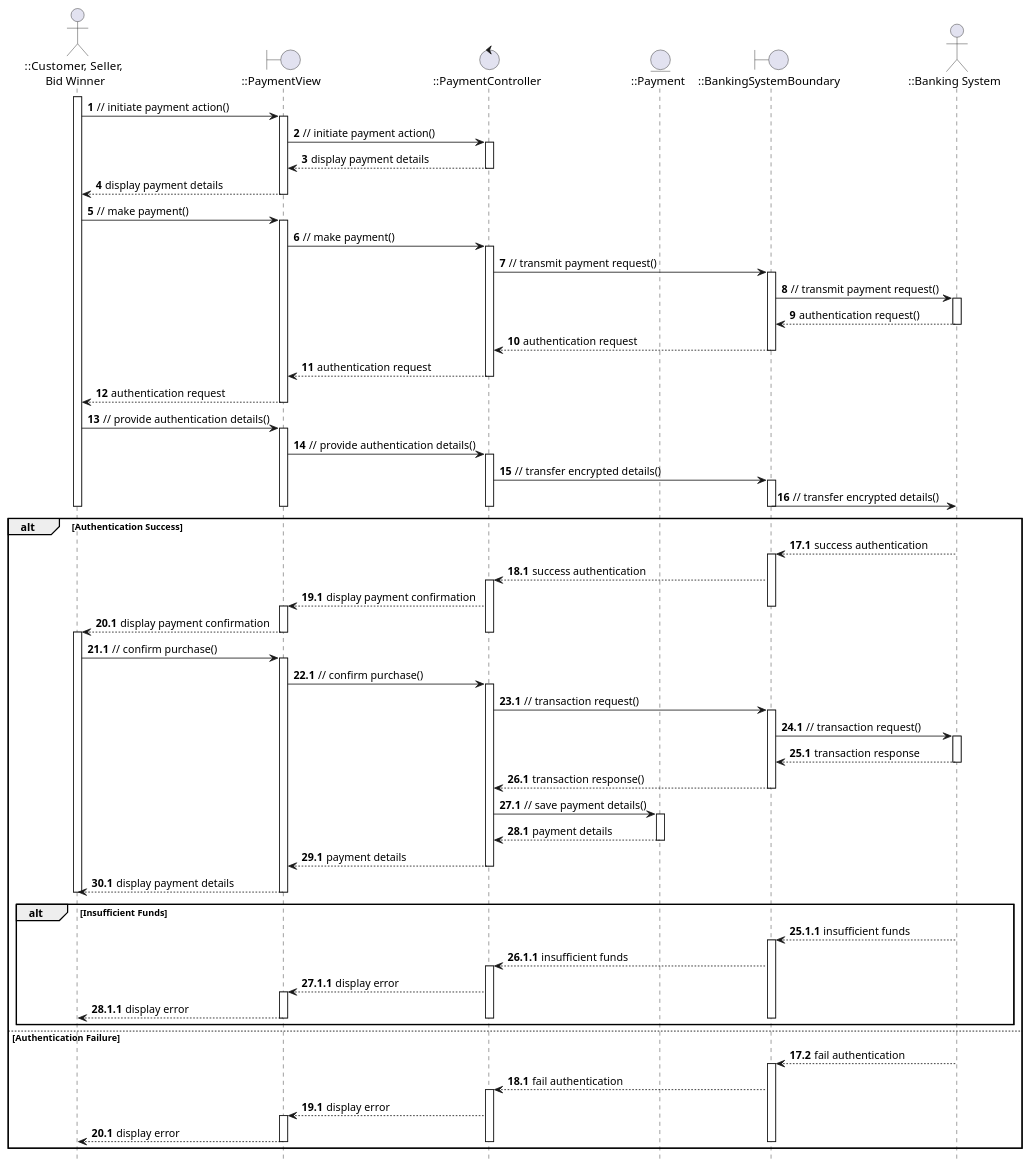
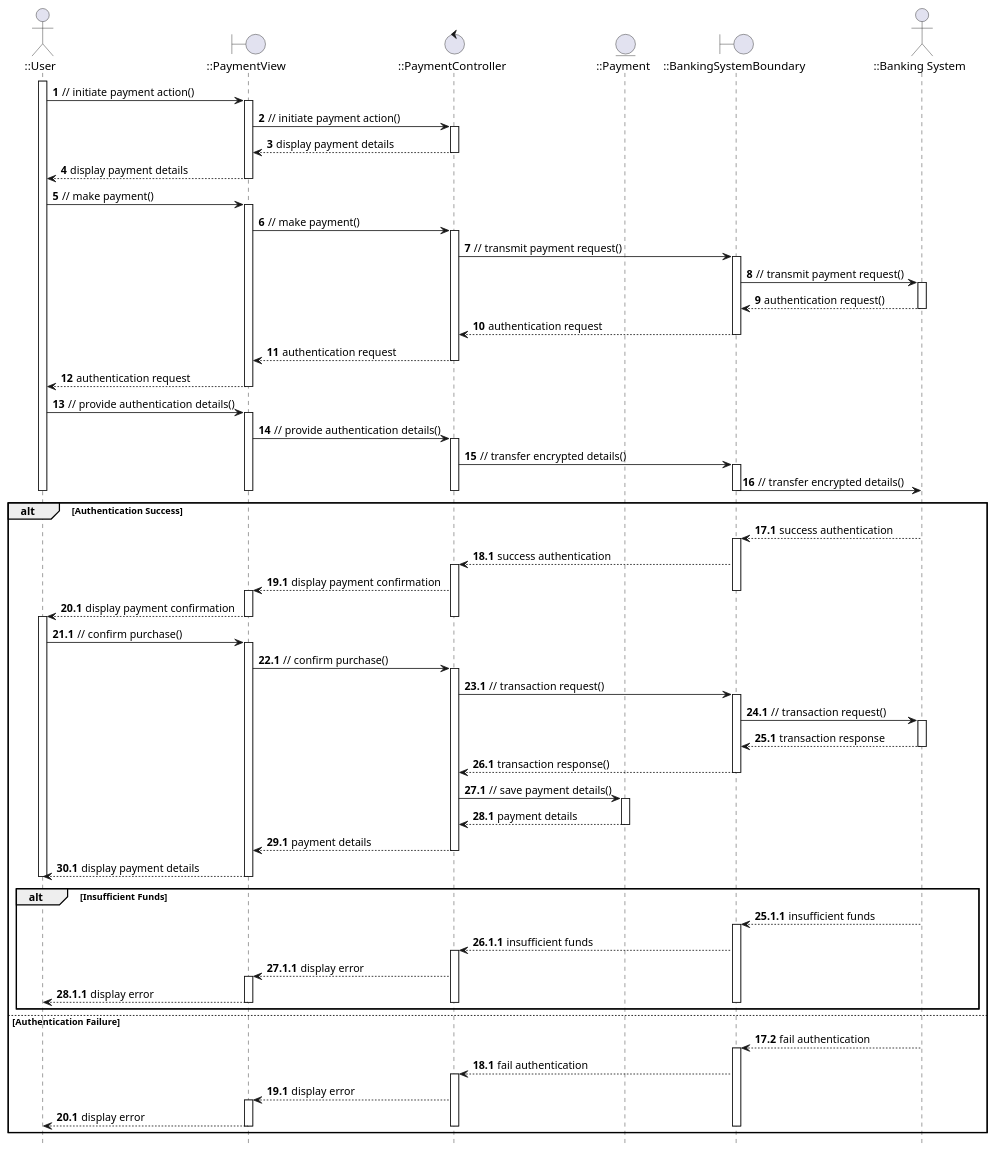
One commit to anhbanlinhle/velocity-exchange changed the diagram in uml/analysis/sequence/make_payment.pu. Above: the diagram before and after it, drawn with PlantUML.

Commit message:
fix[lynn]: change actor name

```diff
--- a/uml/analysis/sequence/make_payment.pu
+++ b/uml/analysis/sequence/make_payment.pu
@@ -1,137 +1,137 @@
 @startuml
 hide footbox
 
-actor "::Customer, Seller, \nBid Winner" as User
+actor "::User" as User
 boundary "::PaymentView" as PaymentView
 control "::PaymentController" as PaymentController
 entity "::Payment" as Payment
 boundary  "::BankingSystemBoundary" as BankingSystemBoundary
 actor "::Banking System" as BankingSystem
 
 autonumber
 
 activate User
   User -> PaymentView: // initiate payment action()
   activate PaymentView
     PaymentView -> PaymentController: // initiate payment action()
     activate PaymentController
       PaymentController --> PaymentView: display payment details
     deactivate PaymentController
     PaymentView --> User: display payment details
   deactivate PaymentView
   
   User -> PaymentView: // make payment()
   activate PaymentView
     PaymentView -> PaymentController: // make payment()
     activate PaymentController
       PaymentController ->  BankingSystemBoundary: // transmit payment request()
       activate  BankingSystemBoundary
          BankingSystemBoundary -> BankingSystem: // transmit payment request()
         activate BankingSystem
           BankingSystem -->  BankingSystemBoundary: authentication request()
         deactivate BankingSystem
         BankingSystemBoundary --> PaymentController: authentication request
       deactivate  BankingSystemBoundary
       PaymentController --> PaymentView: authentication request
     deactivate PaymentController
     PaymentView --> User: authentication request
   deactivate PaymentView
   User -> PaymentView: // provide authentication details()
   activate PaymentView
     PaymentView -> PaymentController: // provide authentication details()
     activate PaymentController
       PaymentController ->  BankingSystemBoundary: // transfer encrypted details()
       activate  BankingSystemBoundary
          BankingSystemBoundary -> BankingSystem: // transfer encrypted details()
       deactivate  BankingSystemBoundary
     deactivate PaymentController
   deactivate PaymentView
 deactivate User
 
 alt Authentication Success
   autonumber 17.1
     BankingSystem -->  BankingSystemBoundary: success authentication
     autonumber inc A
     activate  BankingSystemBoundary
       BankingSystemBoundary --> PaymentController: success authentication
       autonumber inc A
       activate PaymentController
         PaymentController --> PaymentView: display payment confirmation
         autonumber inc A
     deactivate  BankingSystemBoundary
         activate PaymentView
           PaymentView --> User: display payment confirmation
           autonumber inc A
       deactivate PaymentController
         deactivate PaymentView
 
       activate User
         User -> PaymentView: // confirm purchase()
         autonumber inc A
         activate PaymentView
           PaymentView -> PaymentController: // confirm purchase()
           autonumber inc A
           activate PaymentController
             PaymentController ->  BankingSystemBoundary: // transaction request()
             autonumber inc A
             activate  BankingSystemBoundary
               BankingSystemBoundary -> BankingSystem: // transaction request()
               autonumber inc A
               activate BankingSystem
                 BankingSystem -->  BankingSystemBoundary: transaction response
                 autonumber inc A
               deactivate BankingSystem
               BankingSystemBoundary --> PaymentController: transaction response()
               autonumber inc A
             deactivate  BankingSystemBoundary
             PaymentController -> Payment: // save payment details()
             autonumber inc A
             activate Payment
               Payment --> PaymentController: payment details
               autonumber inc A
             deactivate Payment
             PaymentController --> PaymentView: payment details
             autonumber inc A
           deactivate PaymentController
           PaymentView --> User: display payment details
           autonumber inc A
         deactivate PaymentView
       deactivate User
 
     alt Insufficient Funds
       autonumber 25.1.1
       BankingSystem -->  BankingSystemBoundary: insufficient funds
       autonumber inc A
       activate  BankingSystemBoundary
         BankingSystemBoundary --> PaymentController: insufficient funds
         autonumber inc A
         activate PaymentController
           PaymentController --> PaymentView: display error
           autonumber inc A
           activate PaymentView
             PaymentView --> User: display error
             autonumber inc A
           deactivate PaymentView
         deactivate PaymentController
       deactivate  BankingSystemBoundary
     end
 
 else Authentication Failure
   autonumber 17.2
   BankingSystem -->  BankingSystemBoundary: fail authentication
   autonumber inc A
     activate  BankingSystemBoundary
       BankingSystemBoundary --> PaymentController: fail authentication
       autonumber inc A
       activate PaymentController
         PaymentController --> PaymentView: display error
         autonumber inc A
         activate PaymentView
           PaymentView --> User: display error
           autonumber inc A
         deactivate PaymentView
       deactivate PaymentController
     deactivate  BankingSystemBoundary
 end
 
 @enduml
```
